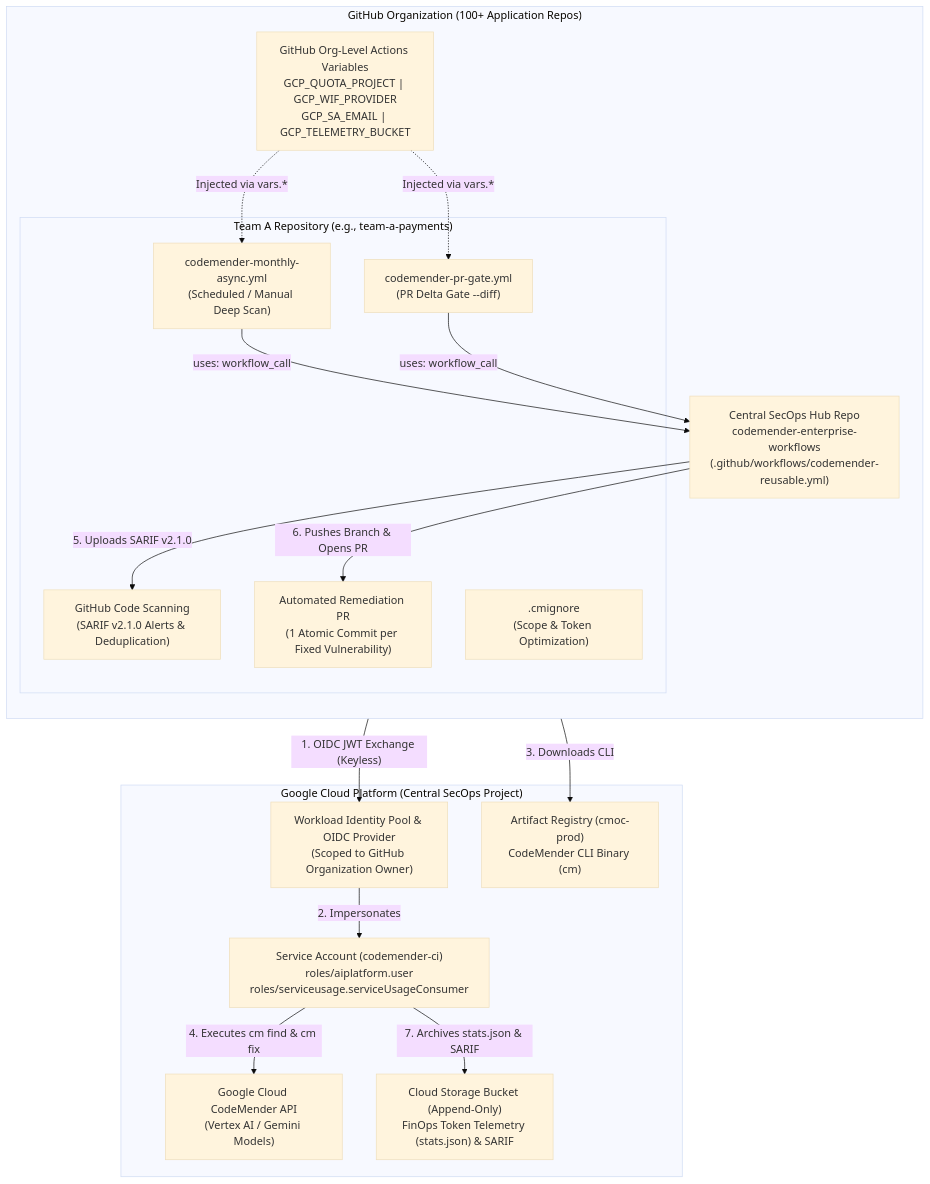
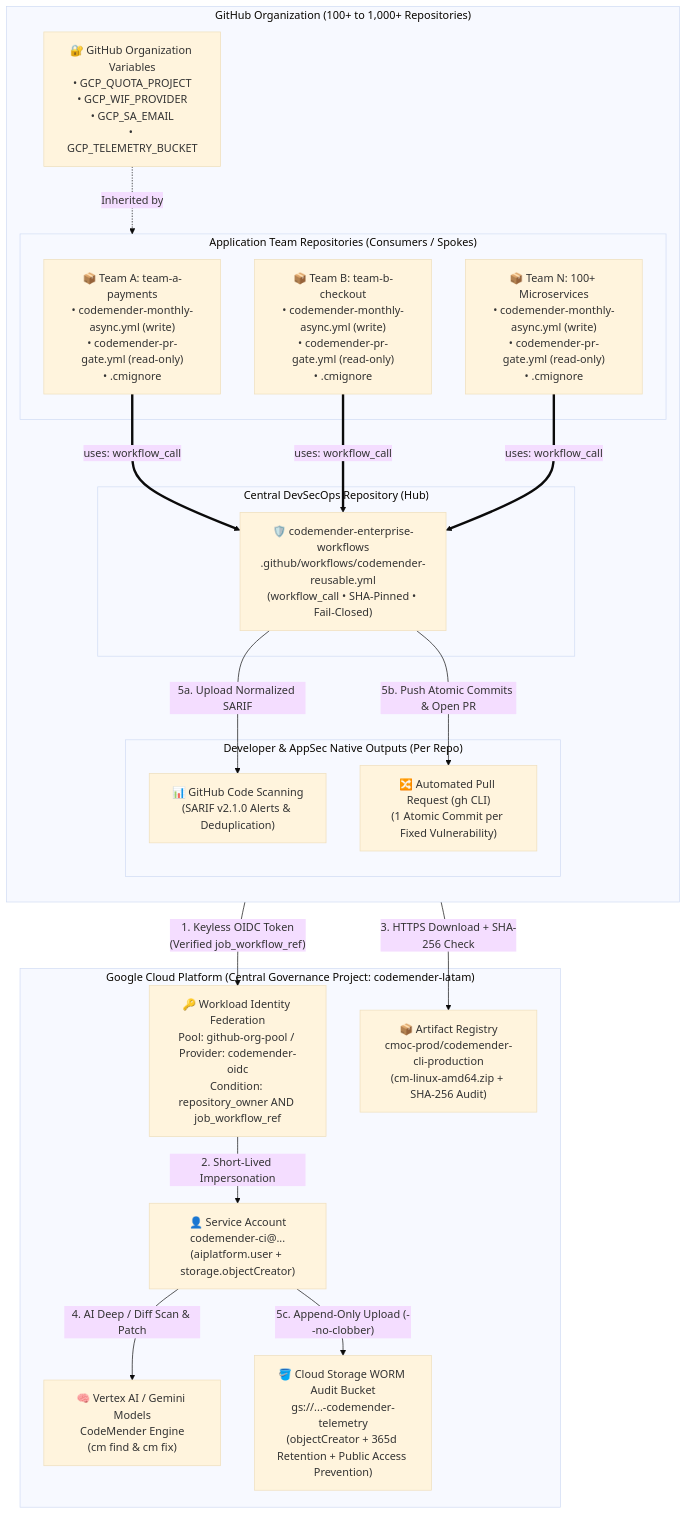
One commit to Cotomacio/codemender-enterprise-workflows changed the first of 2 diagrams in docs/ENTERPRISE_ARCHITECTURE_GUIDE.md. Above: the diagram before and after it, drawn with Mermaid (base theme). The commit also changed other lines of this file and 6 other files, not shown here.

Commit message:
sec(enterprise): harden workflows, WIF/GCS bootstrap & guide per LLM-as-a-Judge regulated audit

````diff
--- a/docs/ENTERPRISE_ARCHITECTURE_GUIDE.md
+++ b/docs/ENTERPRISE_ARCHITECTURE_GUIDE.md
@@ -28,37 +33,40 @@
 ```mermaid
 flowchart TB
-    subgraph GitHub_Org["GitHub Organization (100+ Application Repos)"]
+    subgraph GH_ORG["GitHub Organization (100+ to 1,000+ Repositories)"]
         direction TB
-        Hub["Central SecOps Hub Repo<br/>codemender-enterprise-workflows<br/>(.github/workflows/codemender-reusable.yml)"]
-        OrgVars["GitHub Org-Level Actions Variables<br/>GCP_QUOTA_PROJECT | GCP_WIF_PROVIDER<br/>GCP_SA_EMAIL | GCP_TELEMETRY_BUCKET"]
+        ORG_VARS["🔐 GitHub Organization Variables\n• GCP_QUOTA_PROJECT\n• GCP_WIF_PROVIDER\n• GCP_SA_EMAIL\n• GCP_TELEMETRY_BUCKET"]
 
-        subgraph Spoke_A["Team A Repository (e.g., team-a-payments)"]
-            CallerAsync["codemender-monthly-async.yml<br/>(Scheduled / Manual Deep Scan)"]
-            CallerPR["codemender-pr-gate.yml<br/>(PR Delta Gate --diff)"]
-            CMIgnore[".cmignore<br/>(Scope & Token Optimization)"]
-            GHCS["GitHub Code Scanning<br/>(SARIF v2.1.0 Alerts & Deduplication)"]
-            AutoPR["Automated Remediation PR<br/>(1 Atomic Commit per Fixed Vulnerability)"]
+        subgraph SPOKES["Application Team Repositories (Consumers / Spokes)"]
+            TEAM_A["📦 Team A: team-a-payments\n• codemender-monthly-async.yml (write)\n• codemender-pr-gate.yml (read-only)\n• .cmignore"]
+            TEAM_B["📦 Team B: team-b-checkout\n• codemender-monthly-async.yml (write)\n• codemender-pr-gate.yml (read-only)\n• .cmignore"]
+            TEAM_N["📦 Team N: 100+ Microservices\n• codemender-monthly-async.yml (write)\n• codemender-pr-gate.yml (read-only)\n• .cmignore"]
+        end
+
+        subgraph HUB["Central DevSecOps Repository (Hub)"]
+            REUSABLE["🛡️ codemender-enterprise-workflows\n.github/workflows/codemender-reusable.yml\n(workflow_call • SHA-Pinned • Fail-Closed)"]
+        end
+
+        subgraph OUTPUTS["Developer & AppSec Native Outputs (Per Repo)"]
+            SARIF_OUT["📊 GitHub Code Scanning\n(SARIF v2.1.0 Alerts & Deduplication)"]
+            AUTO_PR["🔀 Automated Pull Request (gh CLI)\n(1 Atomic Commit per Fixed Vulnerability)"]
         end
     end
 
-    subgraph GCP["Google Cloud Platform (Central SecOps Project)"]
-        WIF["Workload Identity Pool & OIDC Provider<br/>(Scoped to GitHub Organization Owner)"]
-        SA["Service Account (codemender-ci)<br/>roles/aiplatform.user<br/>roles/serviceusage.serviceUsageConsumer"]
-        VertexCM["Google Cloud CodeMender API<br/>(Vertex AI / Gemini Models)"]
-        GCS["Cloud Storage Bucket (Append-Only)<br/>FinOps Token Telemetry (stats.json) & SARIF"]
-        AR["Artifact Registry (cmoc-prod)<br/>CodeMender CLI Binary (cm)"]
+    subgraph GCP["Google Cloud Platform (Central Governance Project: codemender-latam)"]
+        WIF["🔑 Workload Identity Federation\nPool: github-org-pool / Provider: codemender-oidc\nCondition: repository_owner AND job_workflow_ref"]
+        SA["👤 Service Account\ncodemender-ci@...\n(aiplatform.user + storage.objectCreator)"]
+        AR["📦 Artifact Registry\ncmoc-prod/codemender-cli-production\n(cm-linux-amd64.zip + SHA-256 Audit)"]
+        VERTEX["🧠 Vertex AI / Gemini Models\nCodeMender Engine\n(cm find & cm fix)"]
+        GCS["🪣 Cloud Storage WORM Audit Bucket\ngs://...-codemender-telemetry\n(objectCreator + 365d Retention + Public Access Prevention)"]
     end
 
-    CallerAsync -->|"uses: workflow_call"| Hub
-    CallerPR -->|"uses: workflow_call"| Hub
-    OrgVars -.->|"Injected via vars.*"| CallerAsync
-    OrgVars -.->|"Injected via vars.*"| CallerPR
-
-    Hub -->|"1. OIDC JWT Exchange (Keyless)"| WIF
-    WIF -->|"2. Impersonates"| SA
-    Hub -->|"3. Downloads CLI"| AR
-    SA -->|"4. Executes cm find & cm fix"| VertexCM
-    Hub -->|"5. Uploads SARIF v2.1.0"| GHCS
-    Hub -->|"6. Pushes Branch & Opens PR"| AutoPR
-    SA -->|"7. Archives stats.json & SARIF"| GCS
+    ORG_VARS -.->|"Inherited by"| SPOKES
+    TEAM_A & TEAM_B & TEAM_N ==>|"uses: workflow_call"| REUSABLE
+    REUSABLE -->|"1. Keyless OIDC Token\n(Verified job_workflow_ref)"| WIF
+    WIF -->|"2. Short-Lived Impersonation"| SA
+    REUSABLE -->|"3. HTTPS Download + SHA-256 Check"| AR
+    SA -->|"4. AI Deep / Diff Scan & Patch"| VERTEX
+    REUSABLE -->|"5a. Upload Normalized SARIF"| SARIF_OUT
+    REUSABLE -->|"5b. Push Atomic Commits & Open PR"| AUTO_PR
+    SA -->|"5c. Append-Only Upload (--no-clobber)"| GCS
 ```
````
